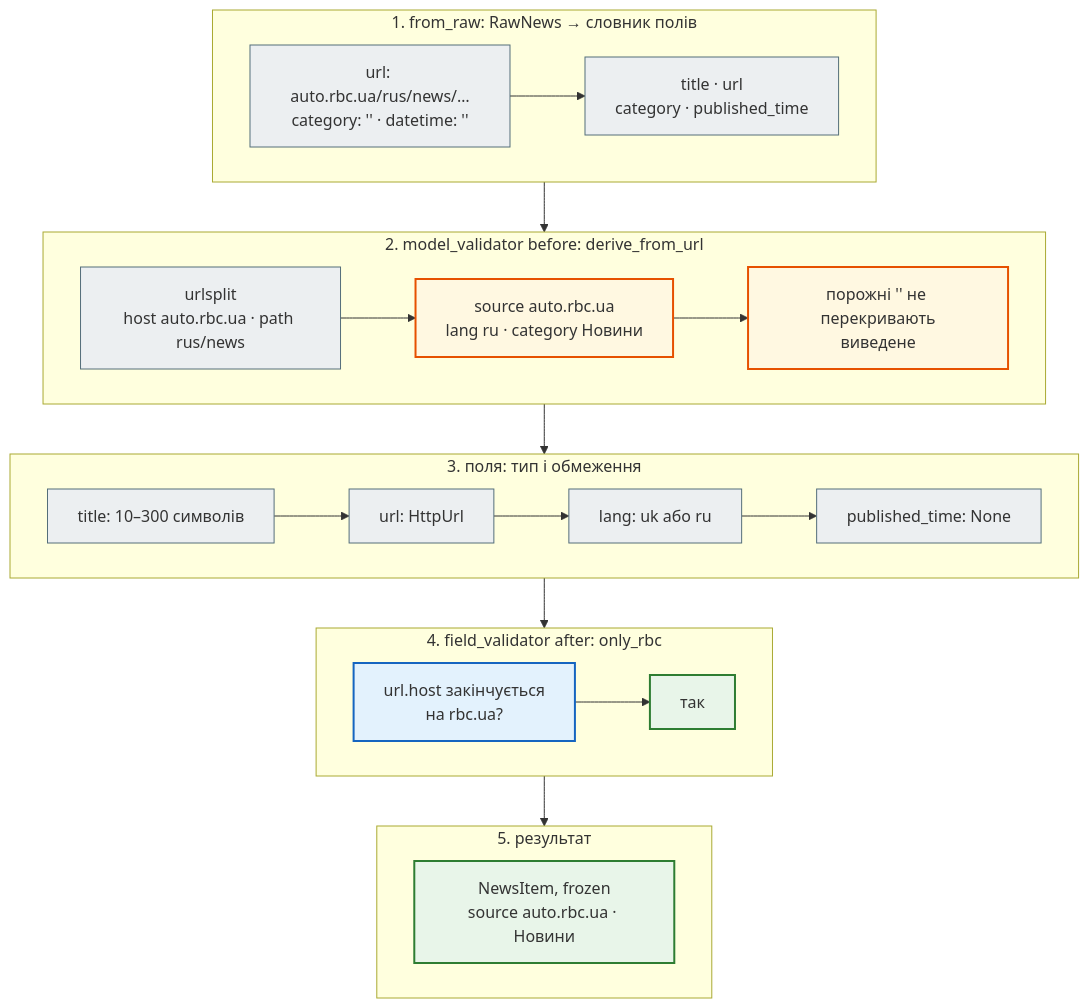
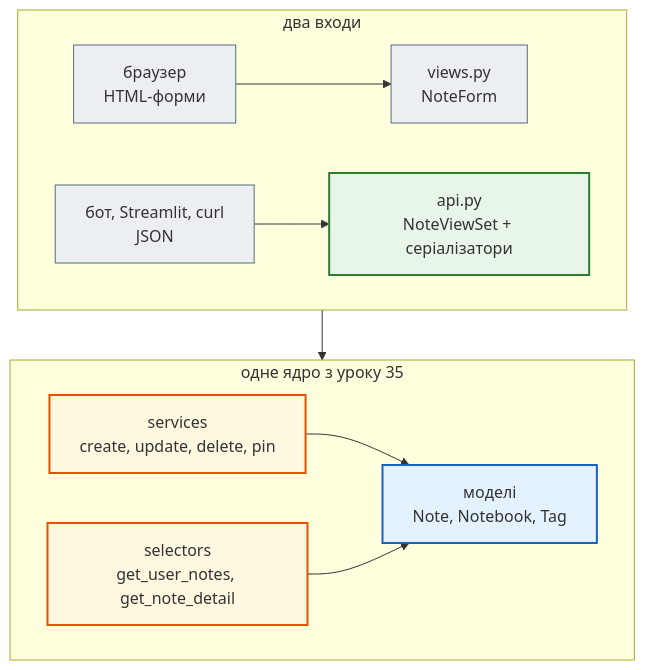
The first of 2 diagrams in docs/modules/m4/lesson_36.md (AlinaRadchenko/PY-Course-Victor-Nikoriak-22-09-2026), drawn with Mermaid before and after one commit. The commit also changed other lines of this file and 1846 other files, not shown here.

````diff
--- a/docs/modules/m4/lesson_36.md
+++ b/docs/modules/m4/lesson_36.md
@@ -250,35 +57,26 @@
 ```mermaid
 flowchart TD
     classDef step     fill:#eceff1,stroke:#546e7a,stroke-width:1px;
     classDef decision fill:#e3f2fd,stroke:#1565c0,stroke-width:2px;
     classDef success  fill:#e8f5e9,stroke:#2e7d32,stroke-width:2px;
     classDef error    fill:#ffebee,stroke:#c62828,stroke-width:3px;
     classDef warning  fill:#fff8e1,stroke:#e65100,stroke-width:2px;
 
-    subgraph S1 ["1. from_raw: RawNews → словник полів"]
+    subgraph IN ["два входи"]
         direction LR
-        R1["url: auto.rbc.ua/rus/news/…<br>category: '' · datetime: ''"] --> R2["title · url<br>category · published_time"]
+        BR["браузер<br>HTML-форми"] --> HV["views.py<br>NoteForm"]
+        CL["бот, Streamlit, curl<br>JSON"] --> AV["api.py<br>NoteViewSet + серіалізатори"]
     end
-    subgraph S2 ["2. model_validator before: derive_from_url"]
+    subgraph CORE ["одне ядро з уроку 35"]
         direction LR
-        D1["urlsplit<br>host auto.rbc.ua · path rus/news"] --> D2["source auto.rbc.ua<br>lang ru · category Новини"] --> D3["порожні '' не перекривають<br>виведене"]
+        SV["services<br>create, update, delete, pin"] --> M["моделі<br>Note, Notebook, Tag"]
+        SL["selectors<br>get_user_notes, get_note_detail"] --> M
     end
-    subgraph S3 ["3. поля: тип і обмеження"]
-        direction LR
-        F1["title: 10–300 символів"] --> F2["url: HttpUrl"] --> F3["lang: uk або ru"] --> F4["published_time: None"]
-    end
-    subgraph S4 ["4. field_validator after: only_rbc"]
-        direction LR
-        V1["url.host закінчується<br>на rbc.ua?"] --> V2["так"]
-    end
-    subgraph S5 ["5. результат"]
-        direction LR
-        OK["NewsItem, frozen<br>source auto.rbc.ua · Новини"]
-    end
-    S1 --> S2 --> S3 --> S4 --> S5
+    IN --> CORE
 
-    class R1,R2,D1,F1,F2,F3,F4 step
-    class D2,D3 warning
-    class V1 decision
-    class V2,OK success
+    class BR,CL step
+    class HV step
+    class AV success
+    class SV,SL warning
+    class M decision
 ```
````
